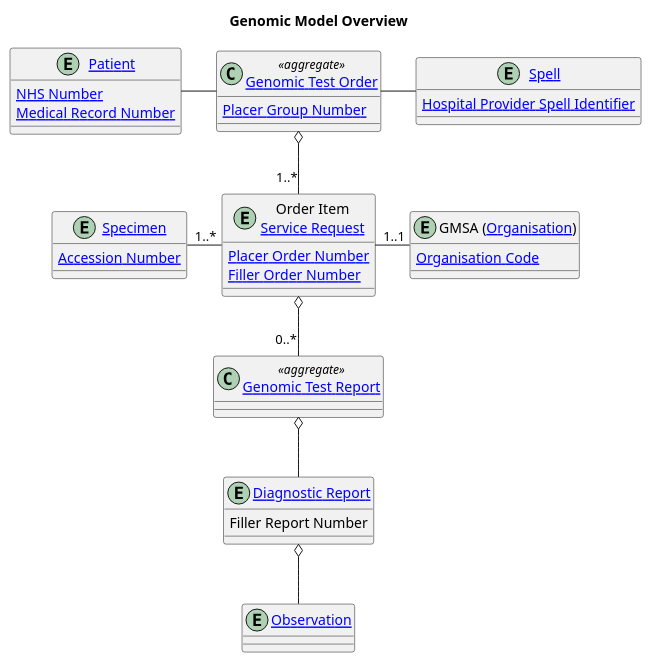
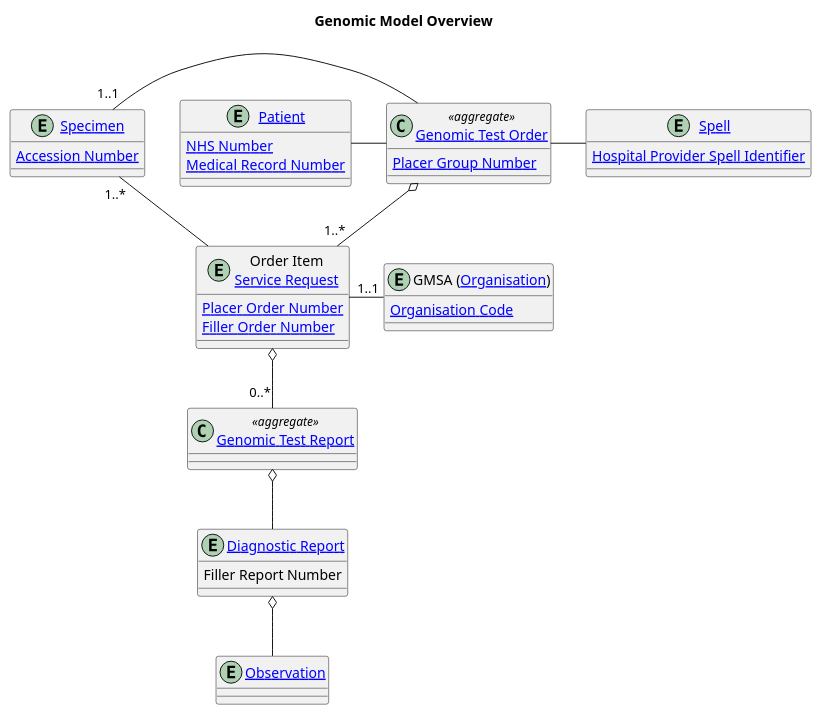
One commit to nw-gmsa/nw-gmsa.github.com changed the diagram in input/images-source/LTW-model.plantuml. Above: the diagram before and after it, drawn with PlantUML.

Commit message:
Wrong url for PDS Test packs

```diff
--- a/input/images-source/LTW-model.plantuml
+++ b/input/images-source/LTW-model.plantuml
@@ -1,53 +1,54 @@
 @startuml
 
 title "Genomic Model Overview"
 
 
 entity "[[StructureDefinition-Patient.html Patient]]" as Patient {
   [[StructureDefinition-NHSNumber.html NHS Number]]
   [[StructureDefinition-MedicalRecordNumber.html Medical Record Number]]
 }
 
 entity "GMSA ([[StructureDefinition-Organization.html Organisation]])" as GMSA {
 [[StructureDefinition-OrganisationCode.html Organisation Code]]
 }
 
 class "[[Questionnaire-GenomicTestOrder.html Genomic Test Order]]" as Order <<aggregate>> {
   [[StructureDefinition-PlacerGroupNumber.html Placer Group Number]]
 }
 
 entity "Order Item\n[[StructureDefinition-ServiceRequest.html Service Request]]" as OrderItem  {
   [[StructureDefinition-PlacerOrderNumber.html Placer Order Number]]
   [[StructureDefinition-FillerOrderNumber.html Filler Order Number]]
 }
 
 class "[[StructureDefinition-Composition-GenomicReport.html Genomic Test Report]]" as Report <<aggregate>>
 
 entity "[[StructureDefinition-Specimen.html Specimen]]" as Specimen {
   [[StructureDefinition-AccessionNumber.html Accession Number]]
 }
 
 entity "[[Spell]]" as Spell {
   [[StructureDefinition-HospitalProviderSpellIdentifier.html Hospital Provider Spell Identifier]]
 }
 
 entity "[[StructureDefinition-DiagnosticReport.html Diagnostic Report]]" as DiagnosticReport {
 Filler Report Number
 }
 entity "[[StructureDefinition-Observation.html Observation]]" as Observation
 
 Order o-d- "1..*" OrderItem
 OrderItem o-- "0..*" Report
 Report o-d- DiagnosticReport
 DiagnosticReport o-d- Observation
 
 OrderItem -l- "1..*" Specimen
+Order -l- "1..1" Specimen
 
 OrderItem -r- "1..1" GMSA
 
 
 Order -r- Spell
 
 Patient -r- Order
 
 @enduml
```
